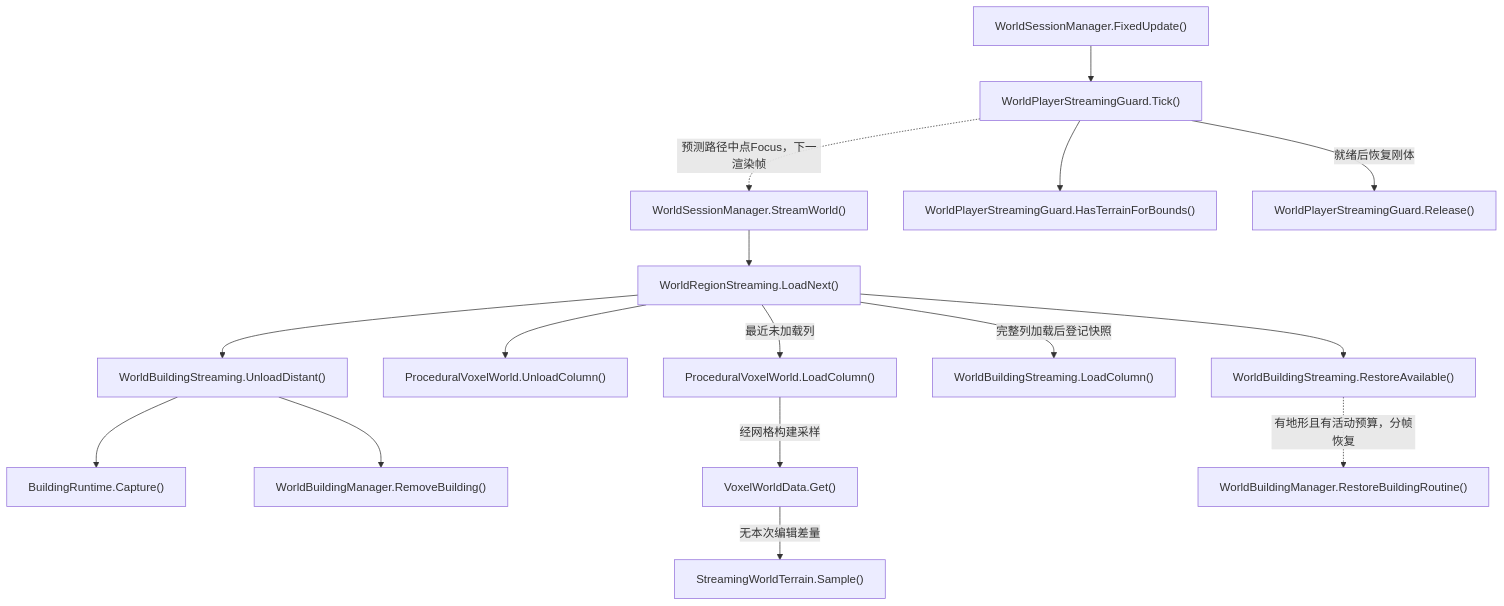
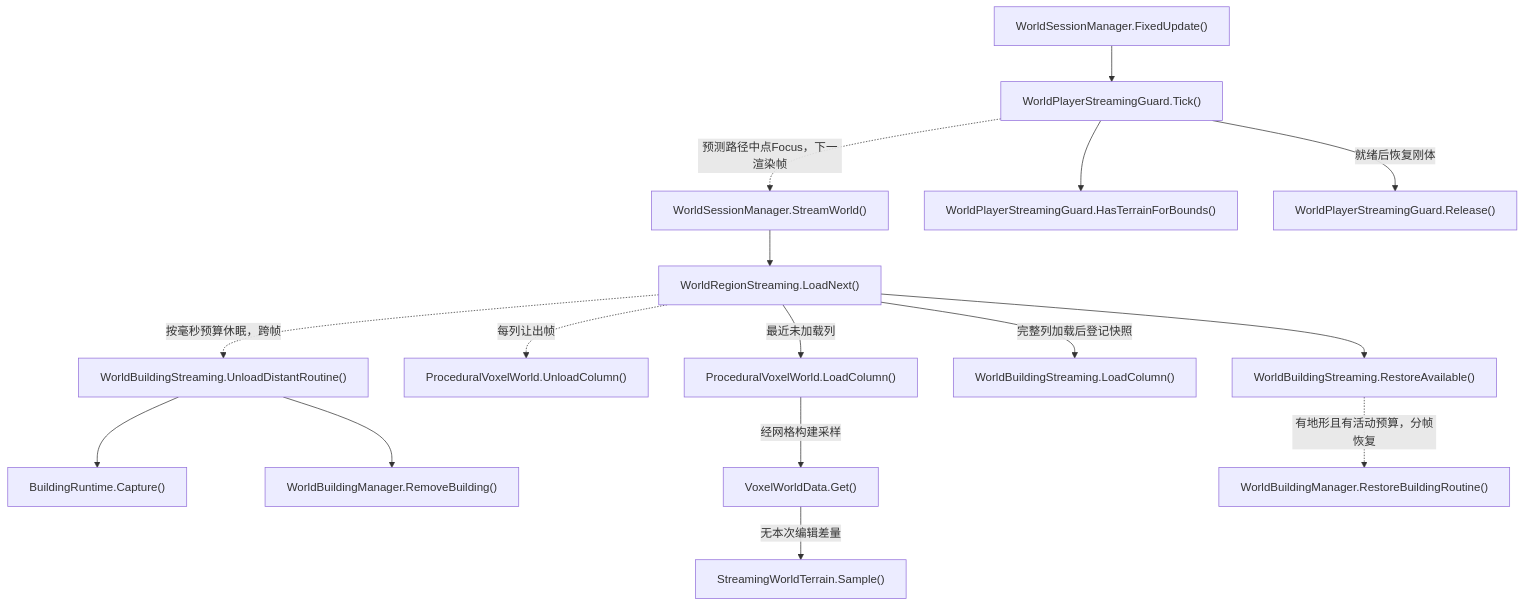
Diagram 15 of 22 in Docs/RuntimeFlow.md (kukudia/HY-Sandbox), drawn with Mermaid before and after one commit. The commit also changed other lines of this file and 38 other files, not shown here.

First line of the commit message:
perf(world): fix Windows startup and optimize streamed voxel meshes

````diff
--- a/Docs/RuntimeFlow.md
+++ b/Docs/RuntimeFlow.md
@@ -1369,50 +1414,50 @@
 ```mermaid
 flowchart TD
     A["WorldSessionManager.StreamWorld()"]
-    click A "../Assets/Scripts/Features/World/WorldSessionManager.cs#L335" "打开源码"
+    click A "../Assets/Scripts/Features/World/WorldSessionManager.cs#L336" "打开源码"
     B["WorldRegionStreaming.LoadNext()"]
-    click B "../Assets/Scripts/Features/World/WorldRegionStreaming.cs#L29" "打开源码"
-    C["WorldBuildingStreaming.UnloadDistant()"]
+    click B "../Assets/Scripts/Features/World/WorldRegionStreaming.cs#L32" "打开源码"
+    C["WorldBuildingStreaming.UnloadDistantRoutine()"]
     click C "../Assets/Scripts/Features/World/WorldBuildingStreaming.cs#L107" "打开源码"
     D["BuildingRuntime.Capture()"]
     click D "../Assets/Scripts/Features/World/BuildingRuntime.cs#L134" "打开源码"
     E["WorldBuildingManager.RemoveBuilding()"]
     click E "../Assets/Scripts/Features/World/WorldBuildingManager.cs#L211" "打开源码"
     F["ProceduralVoxelWorld.UnloadColumn()"]
-    click F "../Assets/Scripts/Features/World/ProceduralVoxelWorld.cs#L289" "打开源码"
+    click F "../Assets/Scripts/Features/World/ProceduralVoxelWorld.cs#L312" "打开源码"
     G["ProceduralVoxelWorld.LoadColumn()"]
-    click G "../Assets/Scripts/Features/World/ProceduralVoxelWorld.cs#L228" "打开源码"
+    click G "../Assets/Scripts/Features/World/ProceduralVoxelWorld.cs#L231" "打开源码"
     H["VoxelWorldData.Get()"]
-    click H "../Assets/Scripts/Features/World/VoxelWorldData.cs#L28" "打开源码"
+    click H "../Assets/Scripts/Features/World/VoxelWorldData.cs#L32" "打开源码"
     I["StreamingWorldTerrain.Sample()"]
     click I "../Assets/Scripts/Features/World/StreamingWorldTerrain.cs#L46" "打开源码"
     J["WorldBuildingStreaming.LoadColumn()"]
     click J "../Assets/Scripts/Features/World/WorldBuildingStreaming.cs#L34" "打开源码"
     K["WorldBuildingStreaming.RestoreAvailable()"]
     click K "../Assets/Scripts/Features/World/WorldBuildingStreaming.cs#L62" "打开源码"
     L["WorldBuildingManager.RestoreBuildingRoutine()"]
     click L "../Assets/Scripts/Features/World/WorldBuildingManager.cs#L145" "打开源码"
     M["WorldSessionManager.FixedUpdate()"]
-    click M "../Assets/Scripts/Features/World/WorldSessionManager.cs#L383" "打开源码"
+    click M "../Assets/Scripts/Features/World/WorldSessionManager.cs#L384" "打开源码"
     N["WorldPlayerStreamingGuard.Tick()"]
     click N "../Assets/Scripts/Features/World/WorldPlayerStreamingGuard.cs#L31" "打开源码"
     O["WorldPlayerStreamingGuard.HasTerrainForBounds()"]
     click O "../Assets/Scripts/Features/World/WorldPlayerStreamingGuard.cs#L99" "打开源码"
     P["WorldPlayerStreamingGuard.Release()"]
     click P "../Assets/Scripts/Features/World/WorldPlayerStreamingGuard.cs#L158" "打开源码"
     A --> B
-    B --> C
+    B -.->|按毫秒预算休眠，跨帧| C
     C --> D
     C --> E
-    B --> F
+    B -.->|每列让出帧| F
     B -->|最近未加载列| G
     G -->|经网格构建采样| H
     H -->|无本次编辑差量| I
     B -->|完整列加载后登记快照| J
     B --> K
     K -.->|有地形且有活动预算，分帧恢复| L
     M --> N
     N --> O
     N -->|就绪后恢复刚体| P
     N -.->|预测路径中点Focus，下一渲染帧| A
 ```
````
